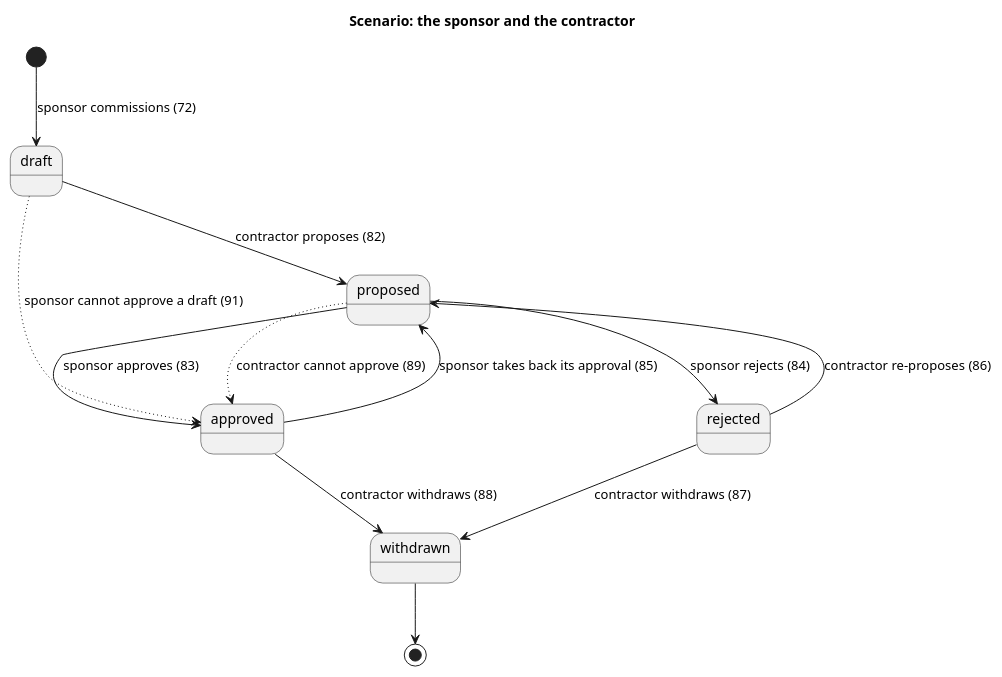
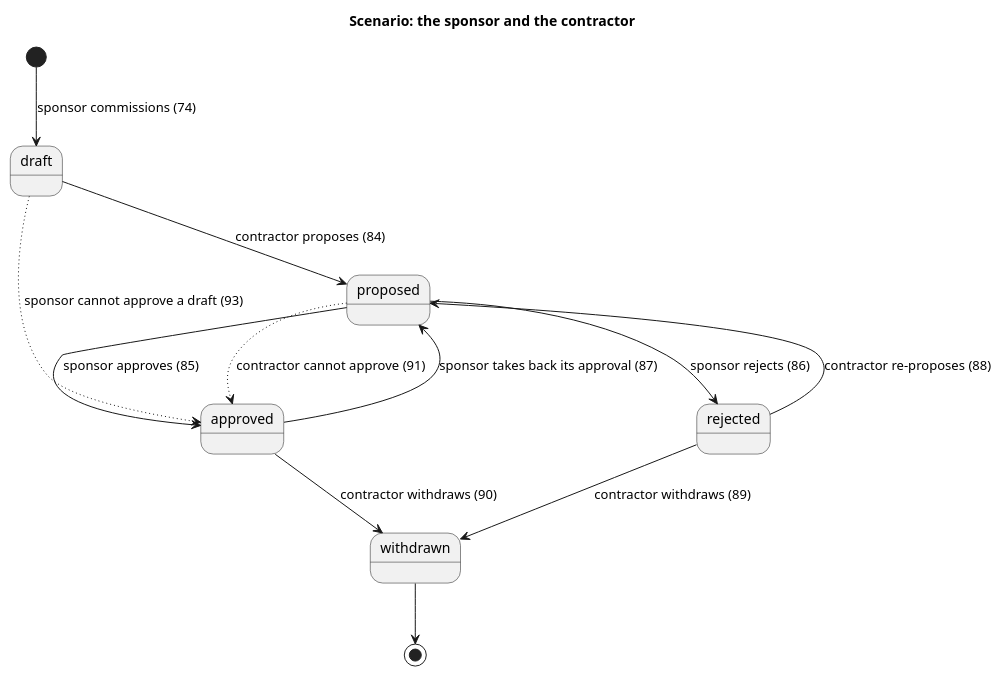
Before and after one commit to blueshed/dzql: the diagram in uml/londons/src/scenario.puml, drawn with PlantUML. The commit also changed 15 other files, not shown here.

```diff
--- a/uml/londons/src/scenario.puml
+++ b/uml/londons/src/scenario.puml
@@ -1,14 +1,14 @@
 @startuml
 title Scenario: the sponsor and the contractor
-[*] --> draft : sponsor commissions (72)
-draft --> proposed : contractor proposes (82)
-proposed --> approved : sponsor approves (83)
-proposed --> rejected : sponsor rejects (84)
-approved --> proposed : sponsor takes back its approval (85)
-rejected --> proposed : contractor re-proposes (86)
-rejected --> withdrawn : contractor withdraws (87)
-approved --> withdrawn : contractor withdraws (88)
-proposed -[dotted]-> approved : contractor cannot approve (89)
-draft -[dotted]-> approved : sponsor cannot approve a draft (91)
+[*] --> draft : sponsor commissions (74)
+draft --> proposed : contractor proposes (84)
+proposed --> approved : sponsor approves (85)
+proposed --> rejected : sponsor rejects (86)
+approved --> proposed : sponsor takes back its approval (87)
+rejected --> proposed : contractor re-proposes (88)
+rejected --> withdrawn : contractor withdraws (89)
+approved --> withdrawn : contractor withdraws (90)
+proposed -[dotted]-> approved : contractor cannot approve (91)
+draft -[dotted]-> approved : sponsor cannot approve a draft (93)
 withdrawn --> [*]
 @enduml
```
